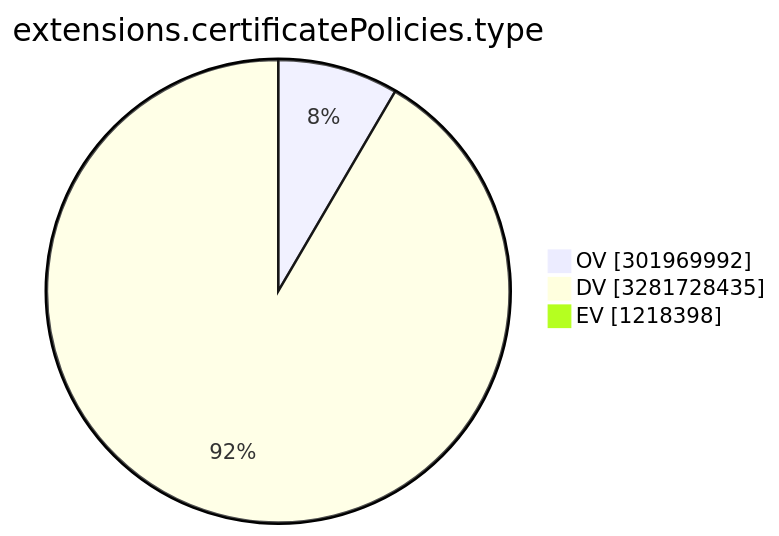
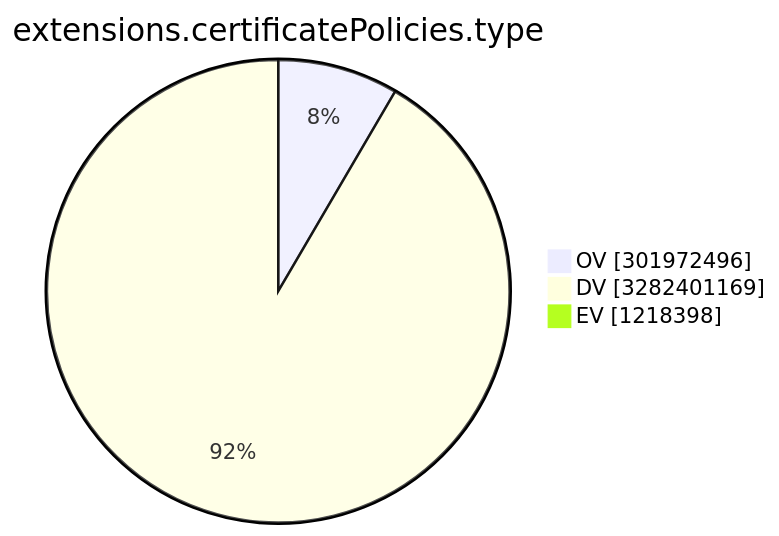
The ninth of 15 diagrams in TOTAL/README.md (christiankrug/ctmonitor_visualization), drawn with Mermaid before and after one commit. The commit also changed other lines of this file, not shown here.

````diff
--- a/TOTAL/README.md
+++ b/TOTAL/README.md
@@ -3107,7 +3107,7 @@
 ```mermaid
 pie showData
 title extensions.certificatePolicies.type
-"OV" :301969992
-"DV" :3281728435
+"OV" :301972496
+"DV" :3282401169
 "EV" :1218398
 ```
````
